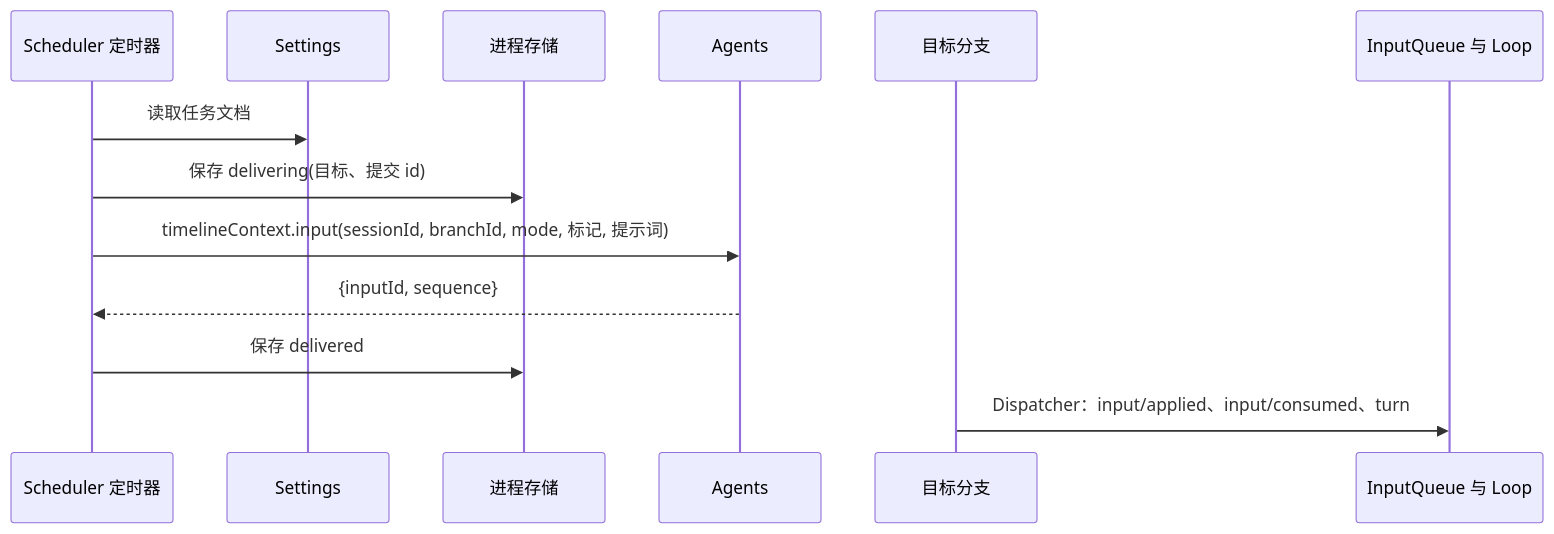
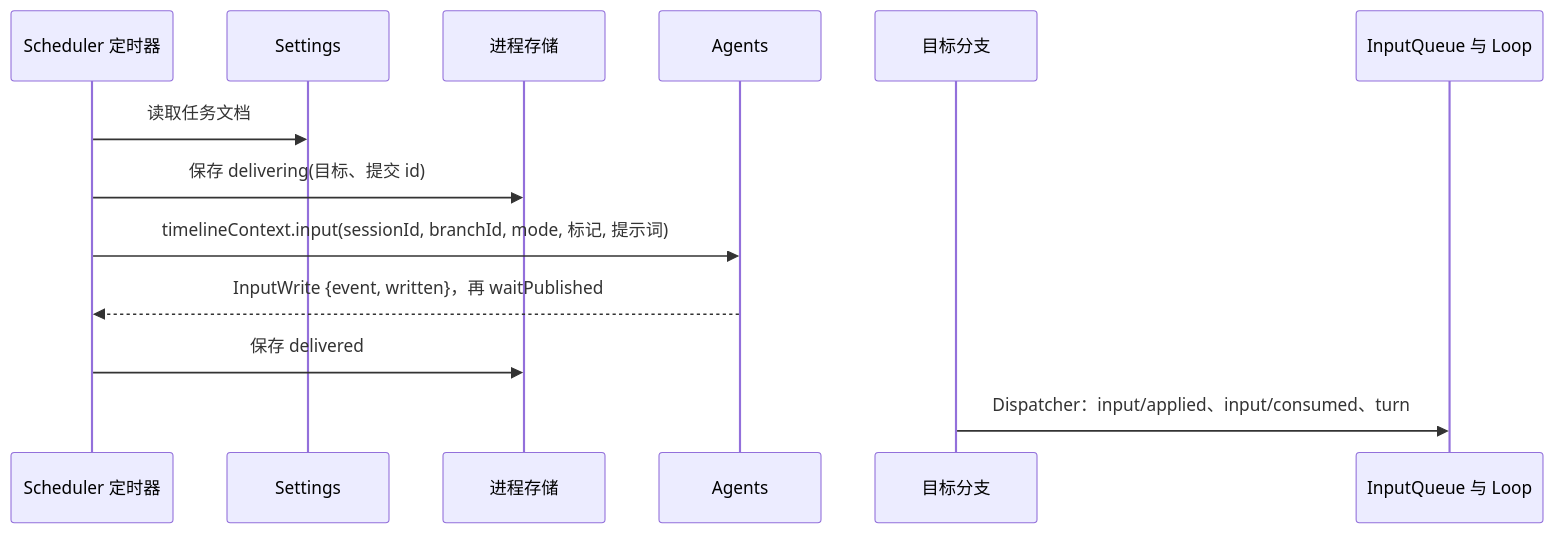
Before and after one commit to arcships/dim: the third of 5 diagrams in docs/zh/design/plugins/Scheduler.md, drawn with Mermaid. The commit also changed other lines of this file and 28 other files, not shown here.

````diff
--- a/docs/zh/design/plugins/Scheduler.md
+++ b/docs/zh/design/plugins/Scheduler.md
@@ -190,15 +190,15 @@
 ```mermaid
 sequenceDiagram
   participant T as Scheduler 定时器
   participant SET as Settings
   participant ST as 进程存储
   participant AG as Agents
   participant S as 目标分支
   participant IQ as InputQueue 与 Loop
   T->>SET: 读取任务文档
   T->>ST: 保存 delivering(目标、提交 id)
   T->>AG: timelineContext.input(sessionId, branchId, mode, 标记, 提示词)
-  AG-->>T: {inputId, sequence}
+  AG-->>T: InputWrite {event, written}，再 waitPublished
   T->>ST: 保存 delivered
   S->>IQ: Dispatcher：input/applied、input/consumed、turn
 ```
````
